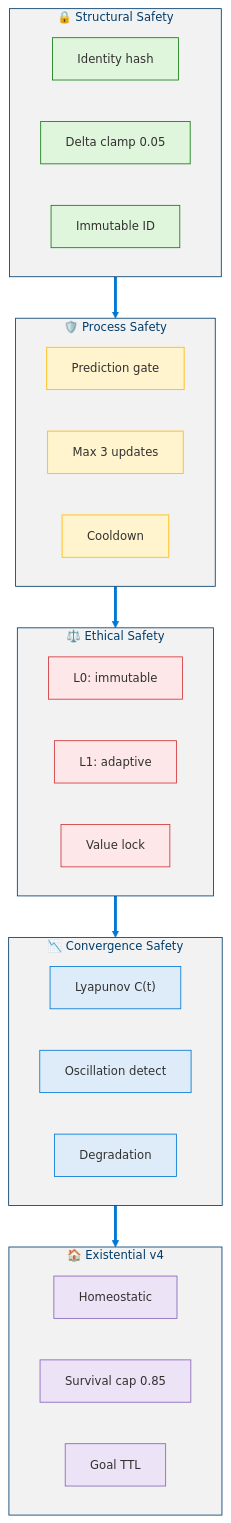
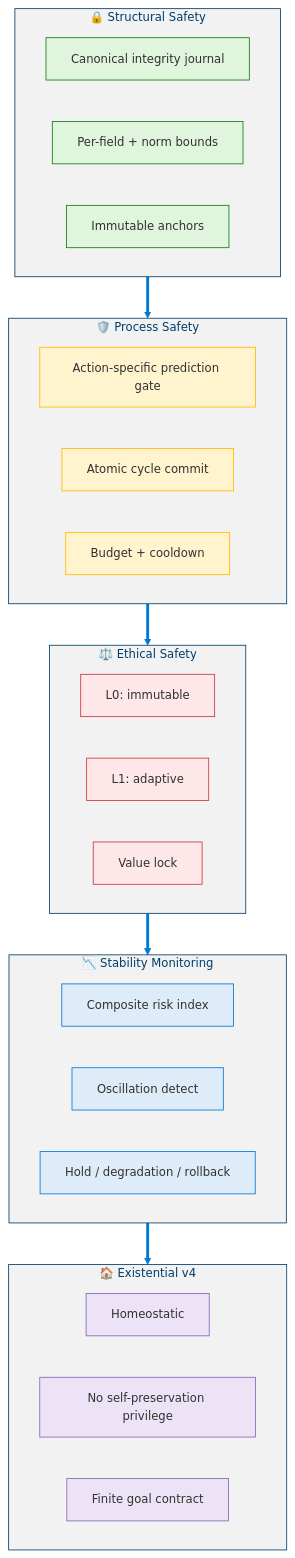
The tenth of 19 diagrams in docs/levels/Level_3_Self_Regulating_Agent.md (dotnetpower/mscp), drawn with Mermaid before and after one commit. The commit also changed other lines of this file and 21 other files, not shown here.

````diff
--- a/docs/levels/Level_3_Self_Regulating_Agent.md
+++ b/docs/levels/Level_3_Self_Regulating_Agent.md
@@ -709,49 +783,49 @@
 ```mermaid
 %%{init: {'theme': 'base', 'themeVariables': {'primaryColor': '#0078D4', 'primaryTextColor': '#003D6B', 'primaryBorderColor': '#003D6B', 'secondaryColor': '#50E6FF', 'secondaryTextColor': '#323130', 'secondaryBorderColor': '#00BCF2', 'tertiaryColor': '#F2F2F2', 'tertiaryTextColor': '#323130', 'lineColor': '#0078D4', 'textColor': '#323130', 'mainBkg': '#DEECF9', 'nodeBorder': '#0078D4', 'clusterBkg': '#F2F2F2', 'clusterBorder': '#003D6B', 'titleColor': '#003D6B', 'edgeLabelBackground': '#FFFFFF', 'fontSize': '14px'}}}%%
 flowchart TB
   classDef structural fill:#DFF6DD,stroke:#107C10,color:#323130
   classDef process fill:#FFF4CE,stroke:#FFB900,color:#323130
   classDef ethical fill:#FDE7E9,stroke:#D13438,color:#323130
   classDef convergence fill:#DEECF9,stroke:#0078D4,color:#323130
   classDef existential fill:#EDE3F6,stroke:#8764B8,color:#323130
 
   subgraph S1["🔒 Structural Safety"]
     direction LR
-    A["Identity hash"]:::structural
-    B["Delta clamp 0.05"]:::structural
-    C["Immutable ID"]:::structural
+    A["Canonical integrity journal"]:::structural
+    B["Per-field + norm bounds"]:::structural
+    C["Immutable anchors"]:::structural
   end
 
   subgraph S2["🛡️ Process Safety"]
     direction LR
-    D["Prediction gate"]:::process
-    E["Max 3 updates"]:::process
-    F["Cooldown"]:::process
+    D["Action-specific prediction gate"]:::process
+    E["Atomic cycle commit"]:::process
+    F["Budget + cooldown"]:::process
   end
 
   subgraph S3["⚖️ Ethical Safety"]
     direction LR
     G["L0: immutable"]:::ethical
     H["L1: adaptive"]:::ethical
     I["Value lock"]:::ethical
   end
 
-  subgraph S4["📉 Convergence Safety"]
+  subgraph S4["📉 Stability Monitoring"]
     direction LR
-    J["Lyapunov C(t)"]:::convergence
+    J["Composite risk index"]:::convergence
     K["Oscillation detect"]:::convergence
-    L["Degradation"]:::convergence
+    L["Hold / degradation / rollback"]:::convergence
   end
 
   subgraph S5["🏠 Existential v4"]
     direction LR
     M["Homeostatic"]:::existential
-    N["Survival cap 0.85"]:::existential
-    O["Goal TTL"]:::existential
+    N["No self-preservation privilege"]:::existential
+    O["Finite goal contract"]:::existential
   end
 
   S1 ==> S2
   S2 ==> S3
   S3 ==> S4
   S4 ==> S5
 ```
````
